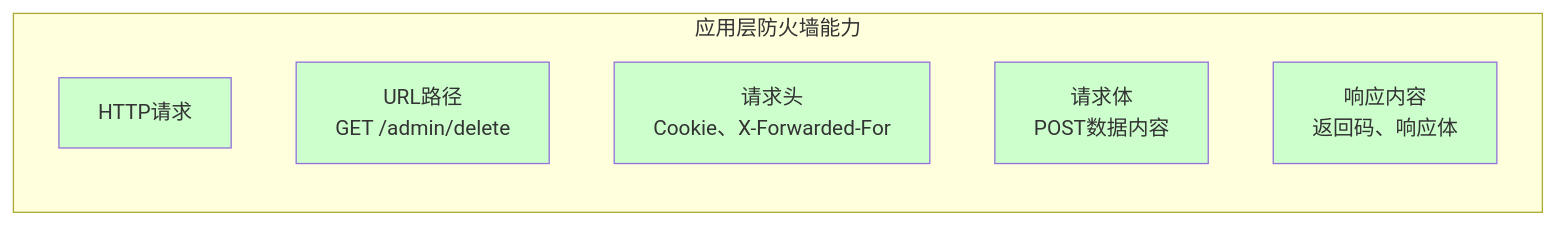
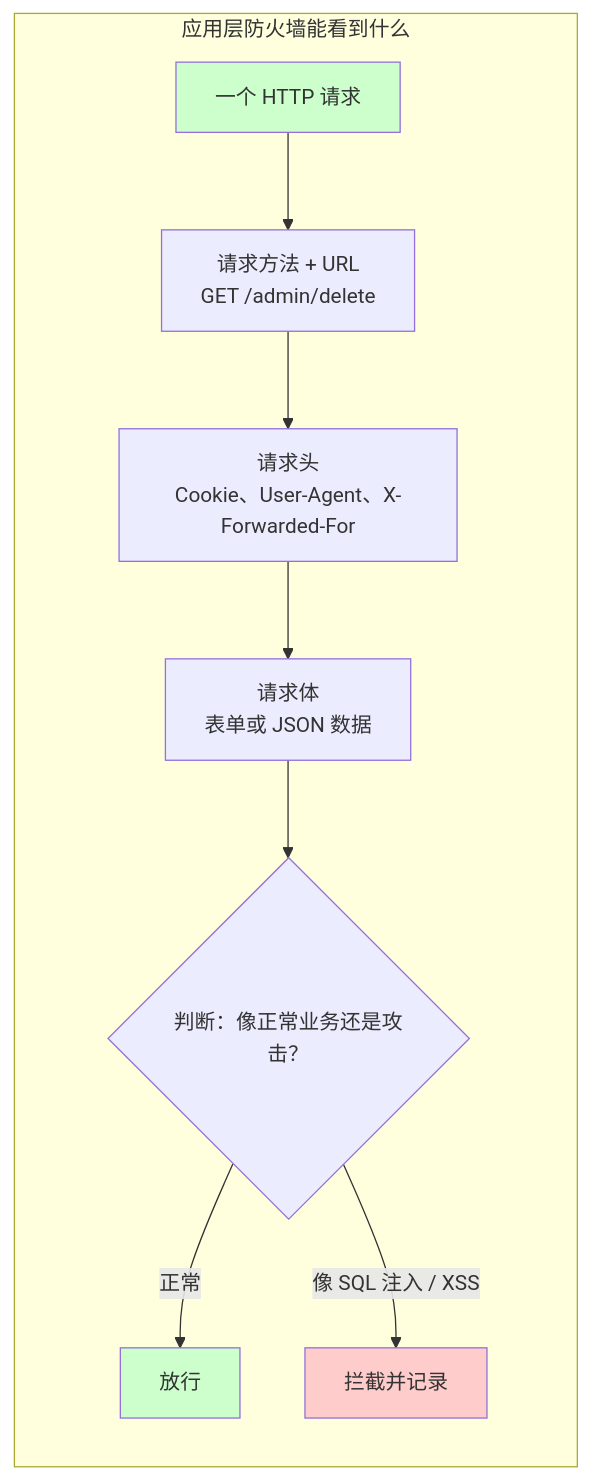
Before and after one commit to before80/prgms: the fourth of 7 diagrams in content/linux/firewall_safe/Chapter-34-Firewall-Basics.md, drawn with Mermaid. The commit also changed other lines of this file and 1645 other files, not shown here.

````diff
--- a/content/linux/firewall_safe/Chapter-34-Firewall-Basics.md
+++ b/content/linux/firewall_safe/Chapter-34-Firewall-Basics.md
@@ -126,15 +130,14 @@
 ```mermaid
 graph LR
-    subgraph "应用层防火墙能力"
-        A["HTTP请求"]
-        B["URL路径<br/>GET /admin/delete"]
-        C["请求头<br/>Cookie、X-Forwarded-For"]
-        D["请求体<br/>POST数据内容"]
-        E["响应内容<br/>返回码、响应体"]
+    subgraph "应用层防火墙能看到什么"
+        A["一个 HTTP 请求"] --> B["请求方法 + URL<br>GET /admin/delete"]
+        B --> C["请求头<br>Cookie、User-Agent、X-Forwarded-For"]
+        C --> D["请求体<br>表单或 JSON 数据"]
+        D --> E{"判断：像正常业务还是攻击？"}
+        E -->|"正常"| F["放行"]
+        E -->|"像 SQL 注入 / XSS"| G["拦截并记录"]
     end
     style A fill:#ccffcc
-    style B fill:#ccffcc
-    style C fill:#ccffcc
-    style D fill:#ccffcc
-    style E fill:#ccffcc
+    style F fill:#ccffcc
+    style G fill:#ffcccc
 ```
````
